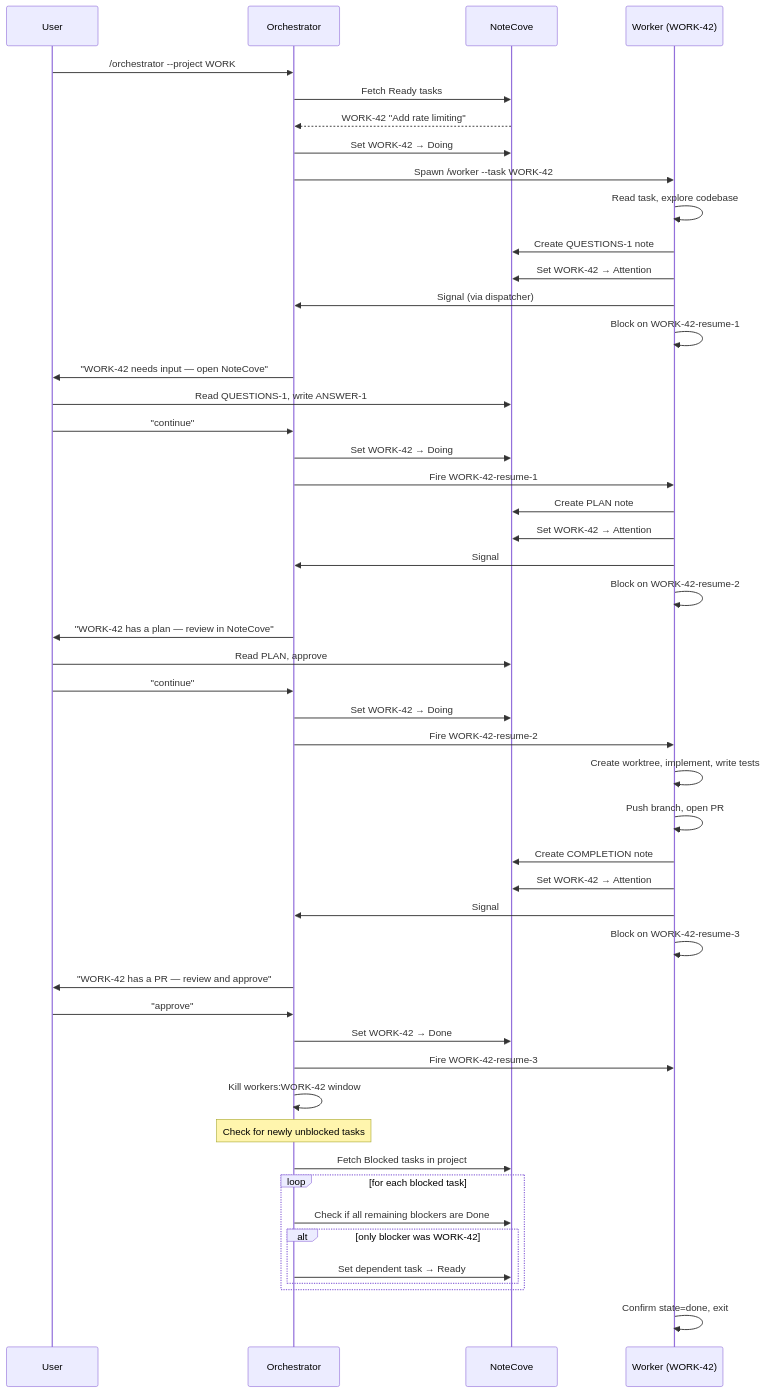
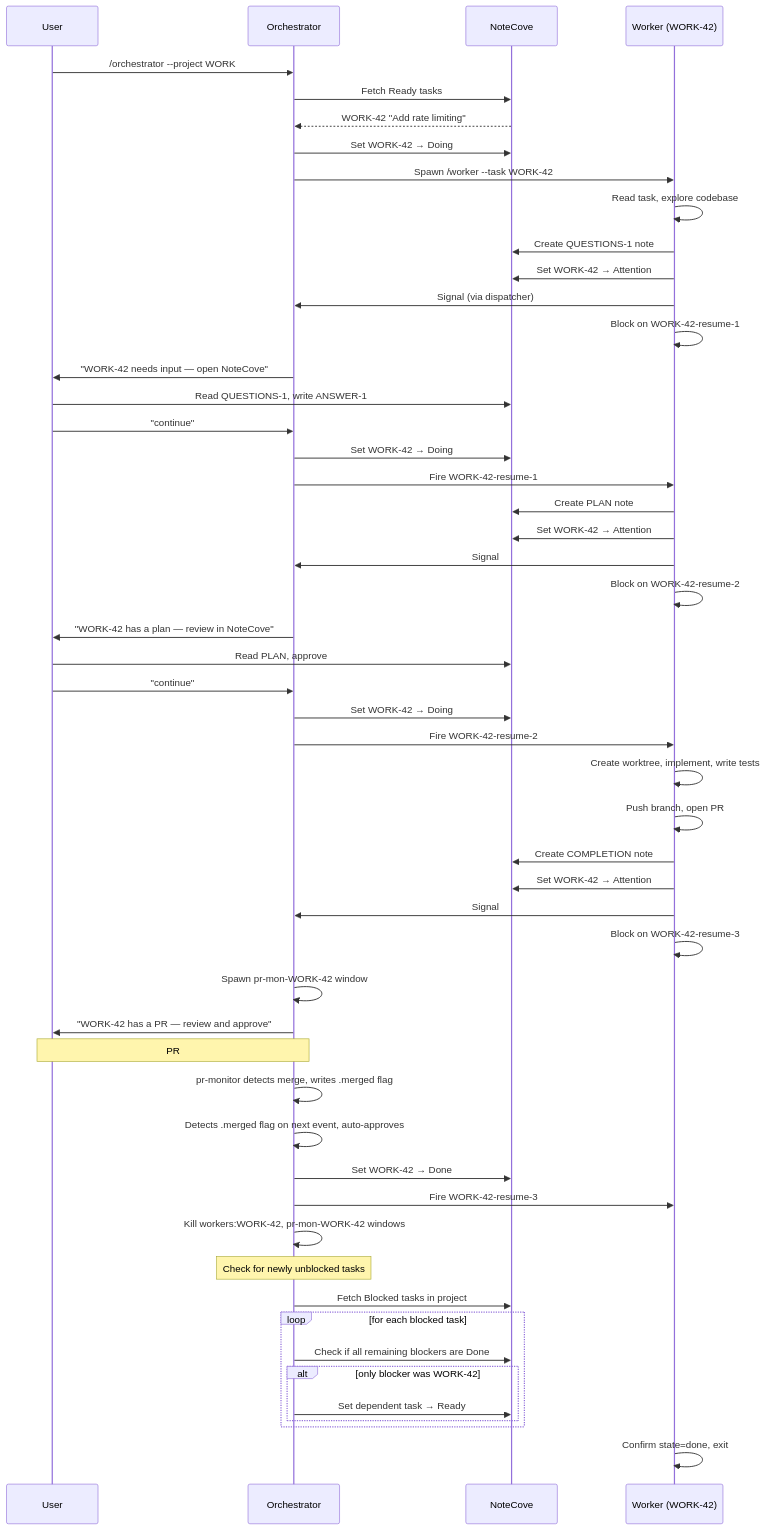
One commit to gara2000/agentmesh changed the tenth of 12 diagrams in docs/agentic-workflow.md. Above: the diagram before and after it, drawn with Mermaid. The commit also changed other lines of this file and 2 other files, not shown here.

First line of the commit message:
feat(orchestrator): auto-approve tasks when PR is merged [WORK-kqd]

````diff
--- a/docs/agentic-workflow.md
+++ b/docs/agentic-workflow.md
@@ -218,60 +254,63 @@
 ```mermaid
 sequenceDiagram
     participant U as User
     participant O as Orchestrator
     participant NC as NoteCove
     participant W as Worker (WORK-42)
 
     U->>O: /orchestrator --project WORK
     O->>NC: Fetch Ready tasks
     NC-->>O: WORK-42 "Add rate limiting"
     O->>NC: Set WORK-42 → Doing
     O->>W: Spawn /worker --task WORK-42
 
     W->>W: Read task, explore codebase
     W->>NC: Create QUESTIONS-1 note
     W->>NC: Set WORK-42 → Attention
     W->>O: Signal (via dispatcher)
     W->>W: Block on WORK-42-resume-1
 
     O->>U: "WORK-42 needs input — open NoteCove"
     U->>NC: Read QUESTIONS-1, write ANSWER-1
     U->>O: "continue"
     O->>NC: Set WORK-42 → Doing
     O->>W: Fire WORK-42-resume-1
 
     W->>NC: Create PLAN note
     W->>NC: Set WORK-42 → Attention
     W->>O: Signal
     W->>W: Block on WORK-42-resume-2
 
     O->>U: "WORK-42 has a plan — review in NoteCove"
     U->>NC: Read PLAN, approve
     U->>O: "continue"
     O->>NC: Set WORK-42 → Doing
     O->>W: Fire WORK-42-resume-2
 
     W->>W: Create worktree, implement, write tests
     W->>W: Push branch, open PR #17
     W->>NC: Create COMPLETION note
     W->>NC: Set WORK-42 → Attention
     W->>O: Signal
     W->>W: Block on WORK-42-resume-3
 
+    O->>O: Spawn pr-mon-WORK-42 window
     O->>U: "WORK-42 has a PR — review and approve"
-    U->>O: "approve"
+    Note over O,U: PR #17 is merged on GitHub
+    O->>O: pr-monitor detects merge, writes .merged flag
+    O->>O: Detects .merged flag on next event, auto-approves
     O->>NC: Set WORK-42 → Done
     O->>W: Fire WORK-42-resume-3
-    O->>O: Kill workers:WORK-42 window
+    O->>O: Kill workers:WORK-42, pr-mon-WORK-42 windows
 
     Note over O: Check for newly unblocked tasks
     O->>NC: Fetch Blocked tasks in project
     loop for each blocked task
         O->>NC: Check if all remaining blockers are Done
         alt only blocker was WORK-42
             O->>NC: Set dependent task → Ready
         end
     end
 
     W->>W: Confirm state=done, exit
 ```
````
